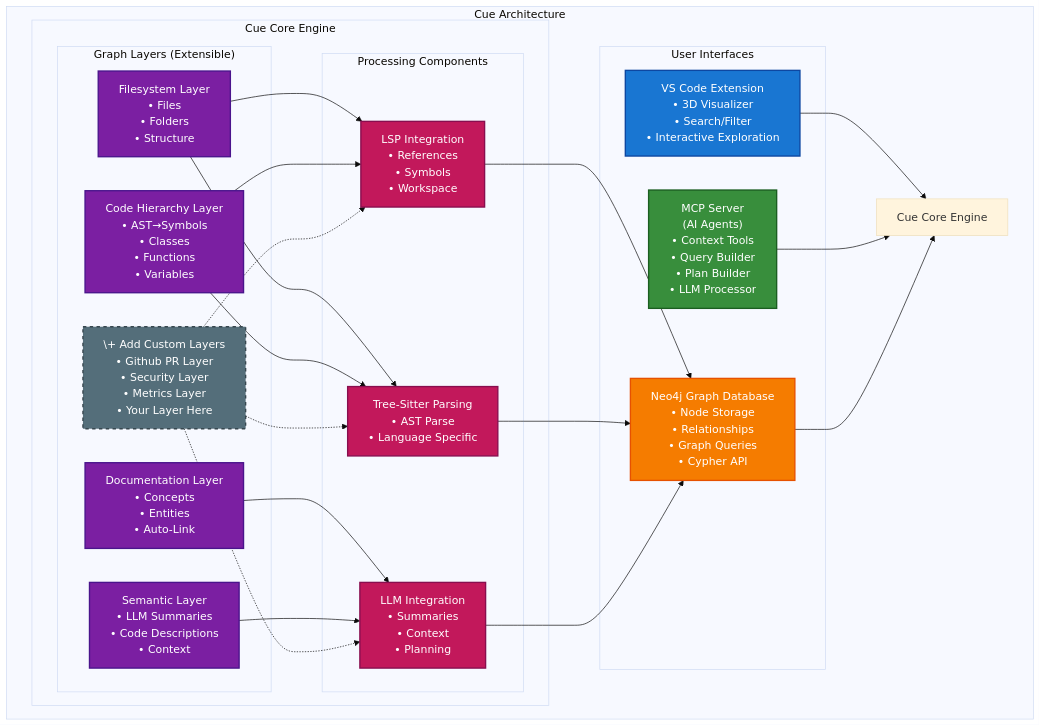
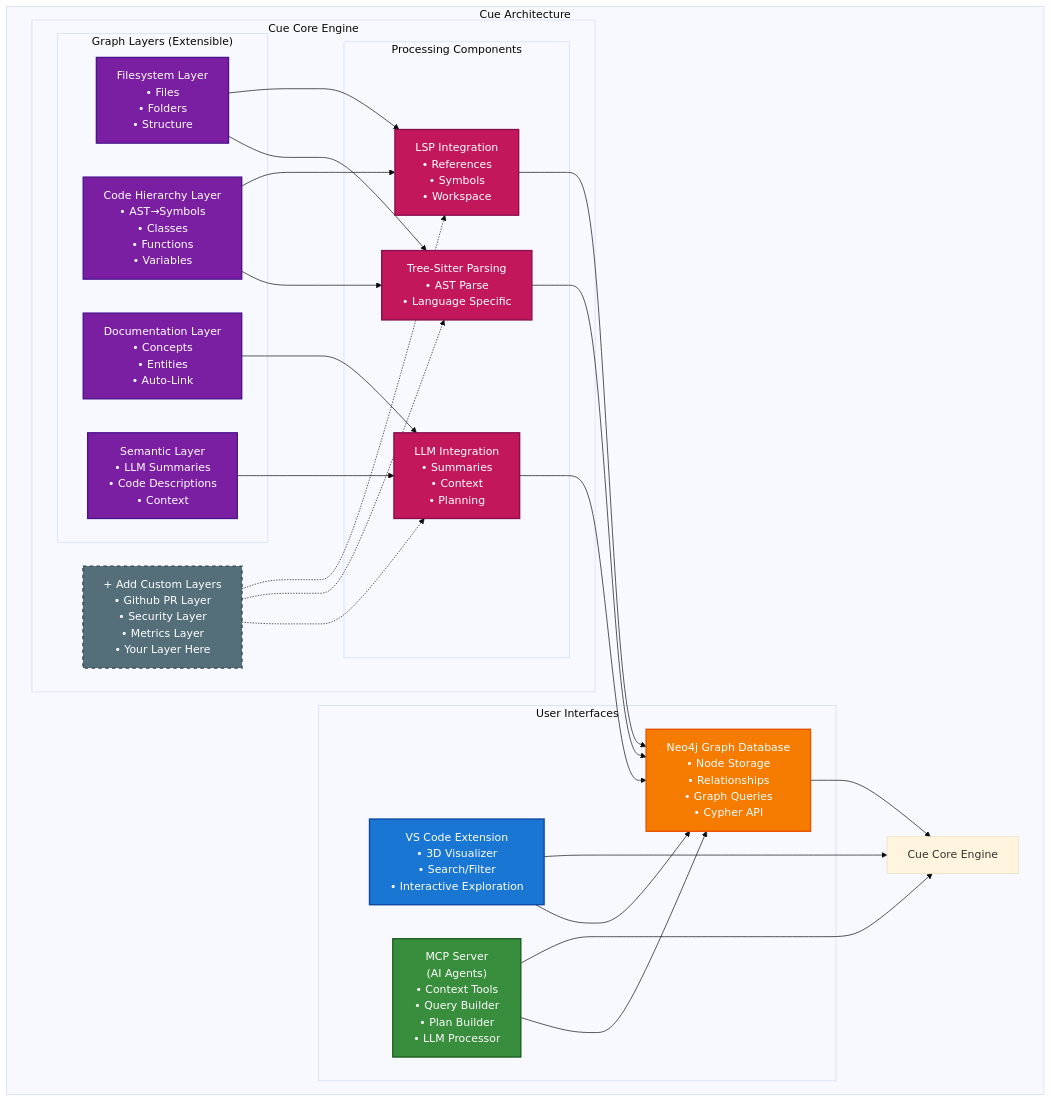
The diagram in README.md (rysweet/cue), drawn with Mermaid before and after one commit.

Commit message:
fix: add direct Neo4j connections and move extensions to bottom
- Added direct connections from VS Code Extension to Neo4j
- Added direct connections from MCP Server to Neo4j
- Moved custom layers extension box to the bottom of Core Engine
- Shows that both user interfaces can query Neo4j directly
- Maintains all other improvements and connections

🤖 Generated with [Claude Code](https://claude.ai/code)

````diff
--- a/README.md
+++ b/README.md
@@ -22,57 +22,60 @@
 ```mermaid
 %%{init: {'theme':'base', 'themeVariables': { 'fontSize': '16px'}}}%%
 graph TB
     subgraph "Cue Architecture"
         subgraph "User Interfaces"
             VSCode["VS Code Extension<br/>• 3D Visualizer<br/>• Search/Filter<br/>• Interactive Exploration"]
             MCP["MCP Server<br/>(AI Agents)<br/>• Context Tools<br/>• Query Builder<br/>• Plan Builder<br/>• LLM Processor"]
             Neo4j["Neo4j Graph Database<br/>• Node Storage<br/>• Relationships<br/>• Graph Queries<br/>• Cypher API"]
         end
         
         subgraph "Cue Core Engine"
             subgraph "Graph Layers (Extensible)"
                 FS["Filesystem Layer<br/>• Files<br/>• Folders<br/>• Structure"]
                 CH["Code Hierarchy Layer<br/>• AST→Symbols<br/>• Classes<br/>• Functions<br/>• Variables"]
                 DOC["Documentation Layer<br/>• Concepts<br/>• Entities<br/>• Auto-Link"]
                 SEM["Semantic Layer<br/>• LLM Summaries<br/>• Code Descriptions<br/>• Context"]
-                EXT["\+ Add Custom Layers<br/>• Github PR Layer<br/>• Security Layer<br/>• Metrics Layer<br/>• Your Layer Here"]
             end
             
             subgraph "Processing Components"
                 LSP["LSP Integration<br/>• References<br/>• Symbols<br/>• Workspace"]
                 TS["Tree-Sitter Parsing<br/>• AST Parse<br/>• Language Specific"]
                 LLM["LLM Integration<br/>• Summaries<br/>• Context<br/>• Planning"]
             end
+            
+            EXT["+ Add Custom Layers<br/>• Github PR Layer<br/>• Security Layer<br/>• Metrics Layer<br/>• Your Layer Here"]
         end
         
         VSCode --> Core[Cue Core Engine]
+        VSCode --> Neo4j
         MCP --> Core
+        MCP --> Neo4j
         Neo4j --> Core
         
         FS --> LSP
         FS --> TS
         CH --> LSP
         CH --> TS
         DOC --> LLM
         SEM --> LLM
         EXT -.-> LSP
         EXT -.-> TS
         EXT -.-> LLM
         
         LSP --> Neo4j
         TS --> Neo4j
         LLM --> Neo4j
     end
     
     style VSCode fill:#1976d2,color:#ffffff,stroke:#0d47a1,stroke-width:2px
     style MCP fill:#388e3c,color:#ffffff,stroke:#1b5e20,stroke-width:2px
     style Neo4j fill:#f57c00,color:#ffffff,stroke:#e65100,stroke-width:2px
     style FS fill:#7b1fa2,color:#ffffff,stroke:#4a148c,stroke-width:2px
     style CH fill:#7b1fa2,color:#ffffff,stroke:#4a148c,stroke-width:2px
     style DOC fill:#7b1fa2,color:#ffffff,stroke:#4a148c,stroke-width:2px
     style SEM fill:#7b1fa2,color:#ffffff,stroke:#4a148c,stroke-width:2px
     style EXT fill:#546e7a,color:#ffffff,stroke:#37474f,stroke-width:2px,stroke-dasharray: 5 5
     style LSP fill:#c2185b,color:#ffffff,stroke:#880e4f,stroke-width:2px
     style TS fill:#c2185b,color:#ffffff,stroke:#880e4f,stroke-width:2px
     style LLM fill:#c2185b,color:#ffffff,stroke:#880e4f,stroke-width:2px
 ```
````
